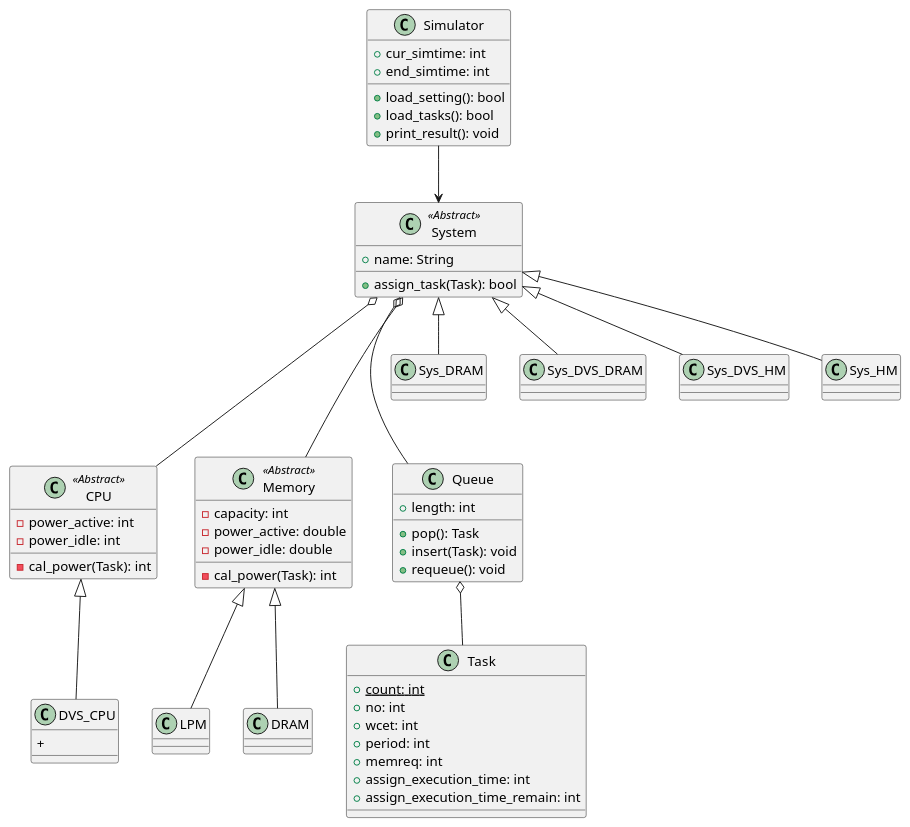
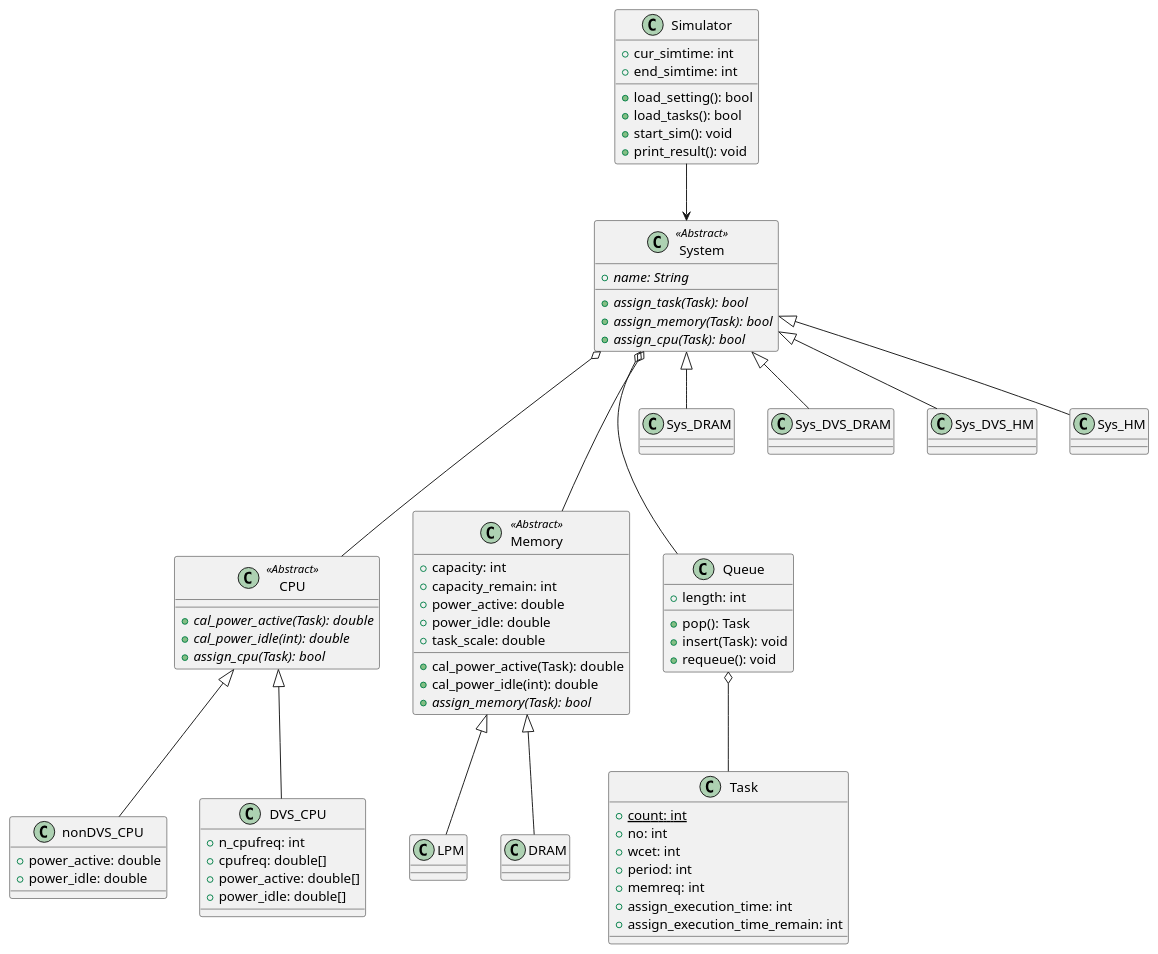
The diagram in Diagram/ClassDiagram.plantuml (TacoCurry/RTSim), drawn with PlantUML before and after one commit.

Commit message:
Add: add system modes for class diagram
클래스 다이어그램 더 보완했어요.

```diff
--- a/Diagram/ClassDiagram.plantuml
+++ b/Diagram/ClassDiagram.plantuml
@@ -1,121 +1,135 @@
 @startuml
 
 /'Simulator'/
 
 class Simulator{
     +{field} cur_simtime: int
     +{field} end_simtime: int
 
     +{method} load_setting(): bool
     +{method} load_tasks(): bool 
+    +{method} start_sim(): void
     +{method} print_result(): void
 }
 
 Simulator --> System
 
 /'<System>
 하나의 임베디드 시스템을 의미합니다.
 시스템은 CPU와 메모리 등으로 구성됩니다.
 '/
 
 class System <<Abstract>>
 class System{
-    +{field} name: String
+    +{field}{abstract} name: String
 
-    +{method} assign_task(Task): bool
+    +{method}{abstract} assign_task(Task): bool
+    +{method}{abstract} assign_memory(Task): bool
+    +{method}{abstract} assign_cpu(Task): bool
 }
 
 System o--- CPU
 System o--- Memory
 System o--- Queue
 System <|-- Sys_DRAM
 System <|-- Sys_DVS_DRAM
 System <|-- Sys_DVS_HM
 System <|-- Sys_HM
 
 class Sys_DRAM{
 
 }
 
 class Sys_HM{
 
 }
 
 class Sys_DVS_DRAM{
 
 }
 
 class Sys_DVS_HM{
 
 }
 
 
 /'<CPU>
 CPU는 프로세서이며 System의 구성요소입니다.
 CPU는 하나입니다. (싱글코어 환경이므로)
 '/
 
 class CPU <<Abstract>>
 class CPU {
-    -{field} power_active: int
-    -{field} power_idle: int
-    
-    -{method} cal_power(Task): int 
+    +{method}{abstract} cal_power_active(Task): double 
+    +{method}{abstract} cal_power_idle(int): double
+    +{method}{abstract} assign_cpu(Task): bool
+} 
 
-}
-
+CPU <|-- nonDVS_CPU
 CPU <|-- DVS_CPU
 
 class DVS_CPU{
-    +{field} 
+    +{field} n_cpufreq: int
+    +{field} cpufreq: double[]
+    +{field} power_active: double[]
+    +{field} power_idle: double[]
+}
+
+class nonDVS_CPU{
+    +{field} power_active: double
+    +{field} power_idle: double
 }
 
 /'<Memory>
 Memory는 System의 구성요소입니다.
 System은 한 개 혹은 여러개의 메모리를 가집니다.'/
 
 class Memory <<Abstract>>
 class Memory{
-    -{field} capacity: int
-    -{field} power_active: double
-    -{field} power_idle: double
+    +{field} capacity: int
+    +{field} capacity_remain: int
+    +{field} power_active: double
+    +{field} power_idle: double
+    +{field} task_scale: double
 
-    -{method} cal_power(Task): int
+    +{method} cal_power_active(Task): double
+    +{method} cal_power_idle(int): double
+    +{method}{abstract} assign_memory(Task): bool
 }
 
 Memory <|-- LPM
 Memory <|-- DRAM
 
 class LPM{
 
 }
 
 class DRAM{
 
 }
 
 /'Queue'/
 class Queue{
     +{field} length: int
     
     +{method} pop(): Task
     +{method} insert(Task): void
     +{method} requeue(): void
 }
 
 Queue o-- Task
 
 /'Task'/
 
 class Task{
     +{static}{field} count: int
     +{field} no: int
     +{field} wcet: int
     +{field} period: int
     +{field} memreq: int
     +{field} assign_execution_time: int
     +{field} assign_execution_time_remain: int
 
 }
 
 @enduml
```
